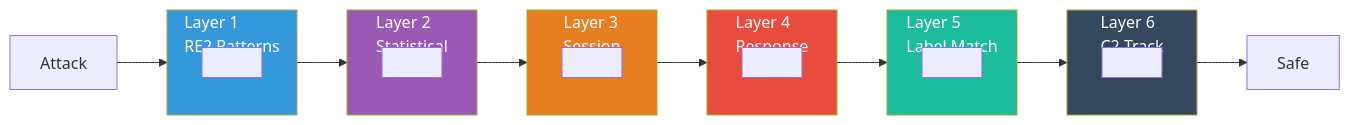
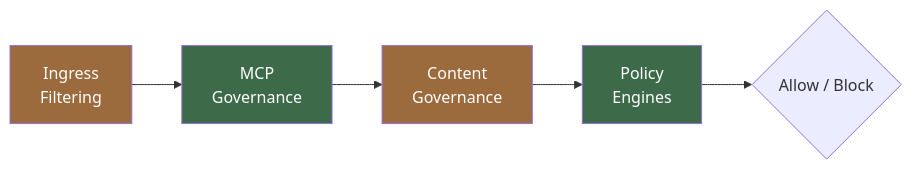
Before and after one commit to k4rthiknerella/altrace-web: the second of 2 diagrams in site/assets/architecture-diagram.md, drawn with Mermaid. The commit also changed other lines of this file and 8 other files, not shown here.

First line of the commit message:
Phase 1 foundation: sitewide nav/CTA, claims scrub, IP-tighten architecture

````diff
--- a/site/assets/architecture-diagram.md
+++ b/site/assets/architecture-diagram.md
@@ -206,37 +47,8 @@
 ```mermaid
 flowchart LR
-    ATK[Attack] --> S1
-
-    subgraph S1["Layer 1<br/>RE2 Patterns"]
-        H1["  "]
-    end
-
-    subgraph S2["Layer 2<br/>Statistical"]
-        H2["  "]
-    end
-
-    subgraph S3["Layer 3<br/>Session"]
-        H3["  "]
-    end
-
-    subgraph S4["Layer 4<br/>Response"]
-        H4["  "]
-    end
-
-    subgraph S5["Layer 5<br/>Label Match"]
-        H5["  "]
-    end
-
-    subgraph S6["Layer 6<br/>C2 Track"]
-        H6["  "]
-    end
-
-    S1 --> S2 --> S3 --> S4 --> S5 --> S6 --> SAFE[Safe]
-
-    style S1 fill:#3498db,color:#fff
-    style S2 fill:#9b59b6,color:#fff
-    style S3 fill:#e67e22,color:#fff
-    style S4 fill:#e74c3c,color:#fff
-    style S5 fill:#1abc9c,color:#fff
-    style S6 fill:#34495e,color:#fff
+    ING[Ingress<br/>Filtering] --> MCPG[MCP<br/>Governance] --> CON[Content<br/>Governance] --> POL[Policy<br/>Engines] --> DEC{Allow / Block}
+    style ING fill:#9B6B3E,color:#fff
+    style MCPG fill:#3D6B4A,color:#fff
+    style CON fill:#9B6B3E,color:#fff
+    style POL fill:#3D6B4A,color:#fff
 ```
````
